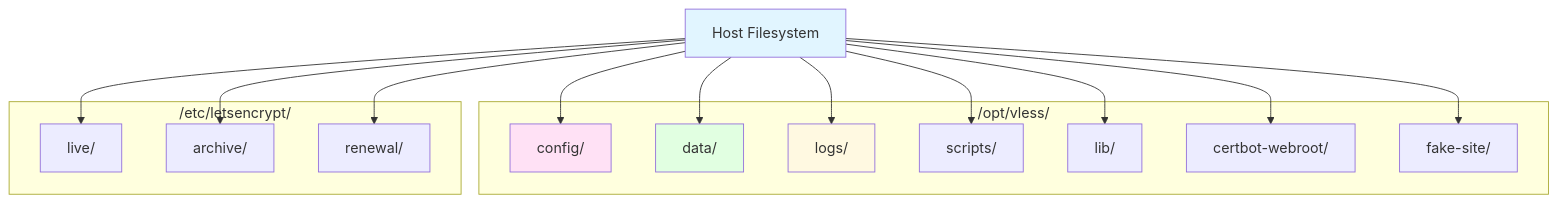
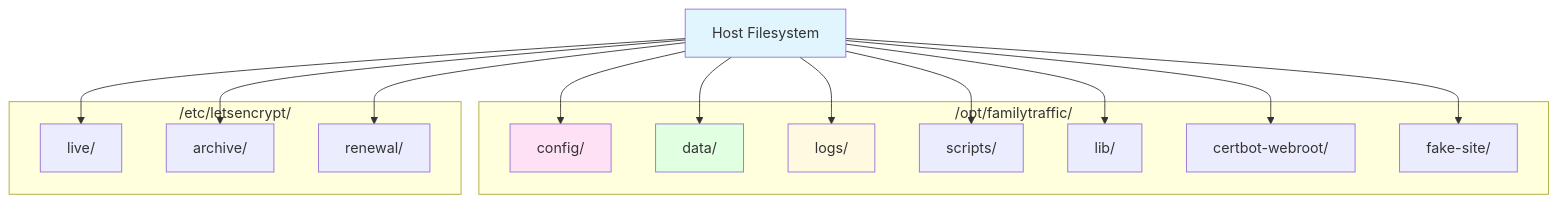
Before and after one commit to ikeniborn/vless: the ninth of 10 diagrams in docs/architecture/diagrams/deployment/docker-topology.md, drawn with Mermaid. The commit also changed other lines of this file and 66 other files, not shown here.

First line of the commit message:
refactor(rename): replace old project name 'vless' with 'familytraffic'

````diff
--- a/docs/architecture/diagrams/deployment/docker-topology.md
+++ b/docs/architecture/diagrams/deployment/docker-topology.md
@@ -400,36 +400,36 @@
 ```mermaid
 graph TB
     HostFS[Host Filesystem]
 
-    subgraph "/opt/vless/"
+    subgraph "/opt/familytraffic/"
         Config[config/]
         Data[data/]
         Logs[logs/]
         Scripts[scripts/]
         Lib[lib/]
         CertbotWebroot[certbot-webroot/]
         FakeSiteHTML[fake-site/]
     end
 
     subgraph "/etc/letsencrypt/"
         Live[live/]
         Archive[archive/]
         Renewal[renewal/]
     end
 
     HostFS --> Config
     HostFS --> Data
     HostFS --> Logs
     HostFS --> Scripts
     HostFS --> Lib
     HostFS --> CertbotWebroot
     HostFS --> FakeSiteHTML
     HostFS --> Live
     HostFS --> Archive
     HostFS --> Renewal
 
     style HostFS fill:#e1f5ff
     style Config fill:#ffe1f5
     style Data fill:#e1ffe1
     style Logs fill:#fff9e1
 ```
````
